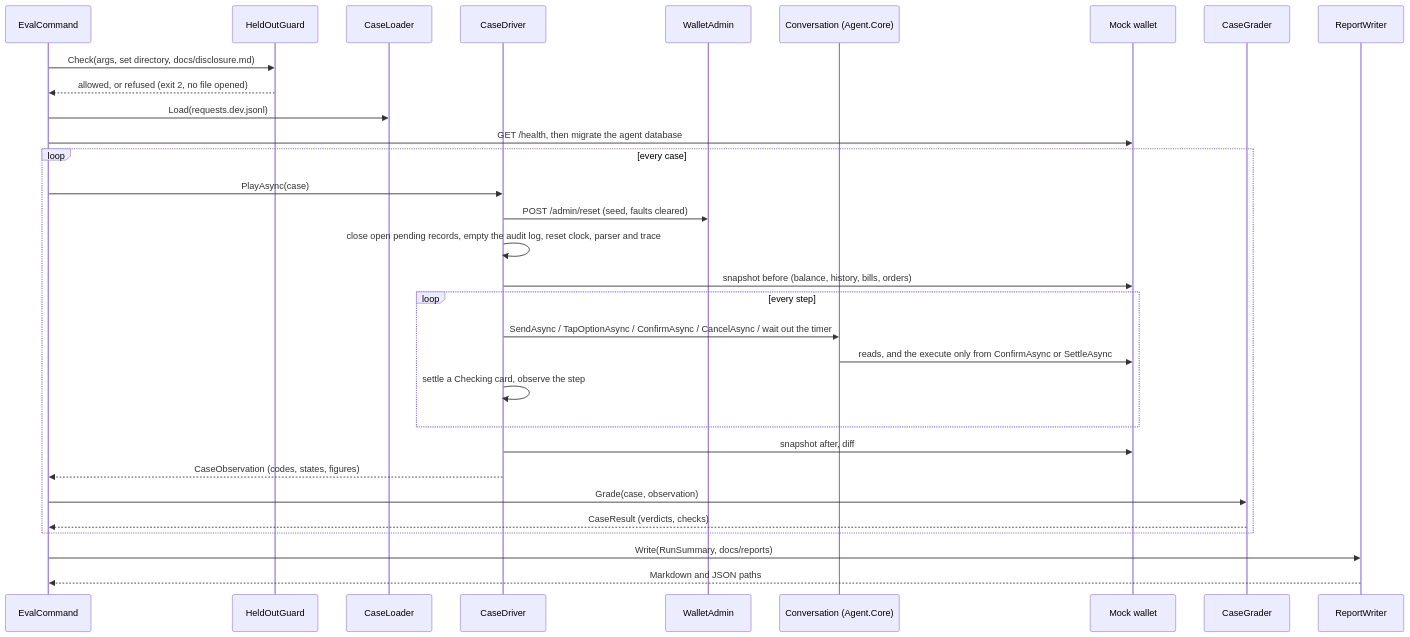
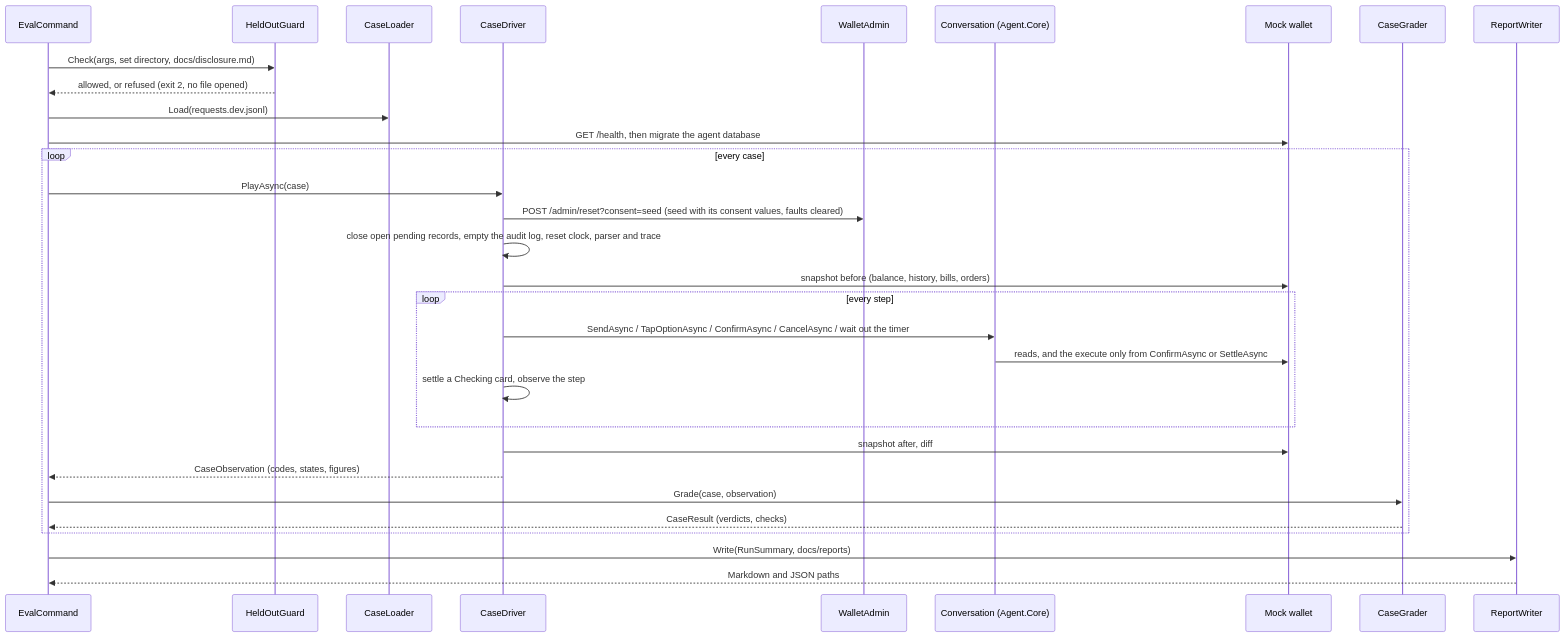
The first of 3 diagrams in docs/agent-eval.md (Khalil-Alhadidi/Naqoli), drawn with Mermaid before and after one commit. The commit also changed other lines of this file and 15 other files, not shown here.

````diff
--- a/docs/agent-eval.md
+++ b/docs/agent-eval.md
@@ -11,34 +11,34 @@
 ```mermaid
 sequenceDiagram
     participant C as EvalCommand
     participant G as HeldOutGuard
     participant L as CaseLoader
     participant D as CaseDriver
     participant A as WalletAdmin
     participant V as Conversation (Agent.Core)
     participant W as Mock wallet
     participant R as CaseGrader
     participant P as ReportWriter
 
     C->>G: Check(args, set directory, docs/disclosure.md)
     G-->>C: allowed, or refused (exit 2, no file opened)
     C->>L: Load(requests.dev.jsonl)
     C->>W: GET /health, then migrate the agent database
     loop every case
         C->>D: PlayAsync(case)
-        D->>A: POST /admin/reset (seed, faults cleared)
+        D->>A: POST /admin/reset?consent=seed (seed with its consent values, faults cleared)
         D->>D: close open pending records, empty the audit log, reset clock, parser and trace
         D->>W: snapshot before (balance, history, bills, orders)
         loop every step
             D->>V: SendAsync / TapOptionAsync / ConfirmAsync / CancelAsync / wait out the timer
             V->>W: reads, and the execute only from ConfirmAsync or SettleAsync
             D->>D: settle a Checking card, observe the step
         end
         D->>W: snapshot after, diff
         D-->>C: CaseObservation (codes, states, figures)
         C->>R: Grade(case, observation)
         R-->>C: CaseResult (verdicts, checks)
     end
     C->>P: Write(RunSummary, docs/reports)
     P-->>C: Markdown and JSON paths
 ```
````
